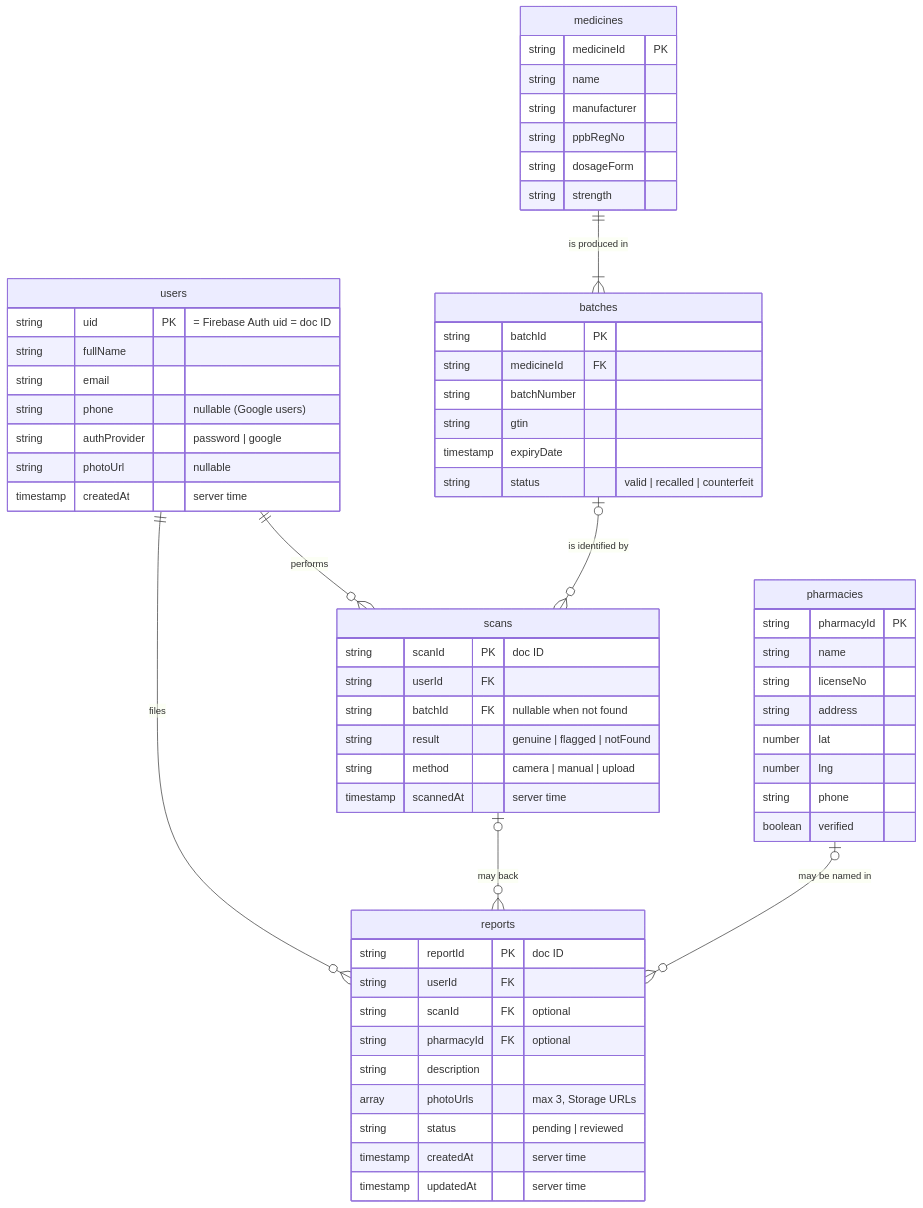
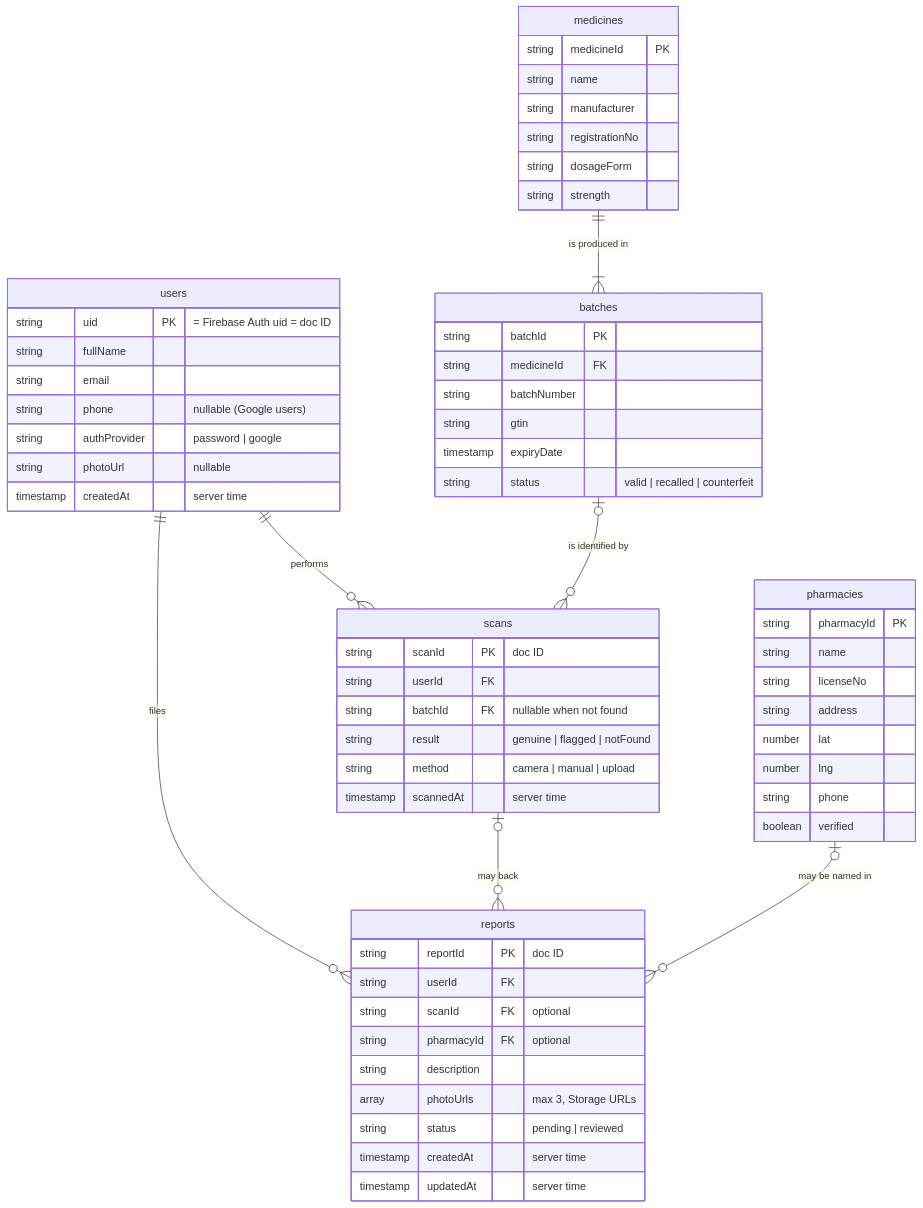
One commit to G-Njunge/Group_7_mobile_dev_summative changed the diagram in hakikisha_summative/docs/database.md. Above: the diagram before and after it, drawn with Mermaid. The commit also changed 1 other file, not shown here.

Commit message:
refactor(data): rename medicine field ppbRegNo to registrationNo

````diff
--- a/hakikisha_summative/docs/database.md
+++ b/hakikisha_summative/docs/database.md
@@ -10,64 +10,64 @@
 ```mermaid
 erDiagram
     users ||--o{ scans : "performs"
     users ||--o{ reports : "files"
     medicines ||--|{ batches : "is produced in"
     batches |o--o{ scans : "is identified by"
     scans |o--o{ reports : "may back"
     pharmacies |o--o{ reports : "may be named in"
 
     users {
         string uid PK "= Firebase Auth uid = doc ID"
         string fullName
         string email
         string phone "nullable (Google users)"
         string authProvider "password | google"
         string photoUrl "nullable"
         timestamp createdAt "server time"
     }
     medicines {
         string medicineId PK
         string name
         string manufacturer
-        string ppbRegNo
+        string registrationNo
         string dosageForm
         string strength
     }
     batches {
         string batchId PK
         string medicineId FK
         string batchNumber
         string gtin
         timestamp expiryDate
         string status "valid | recalled | counterfeit"
     }
     scans {
         string scanId PK "doc ID"
         string userId FK
         string batchId FK "nullable when not found"
         string result "genuine | flagged | notFound"
         string method "camera | manual | upload"
         timestamp scannedAt "server time"
     }
     reports {
         string reportId PK "doc ID"
         string userId FK
         string scanId FK "optional"
         string pharmacyId FK "optional"
         string description
         array photoUrls "max 3, Storage URLs"
         string status "pending | reviewed"
         timestamp createdAt "server time"
         timestamp updatedAt "server time"
     }
     pharmacies {
         string pharmacyId PK
         string name
         string licenseNo
         string address
         number lat
         number lng
         string phone
         boolean verified
     }
 ```
````
